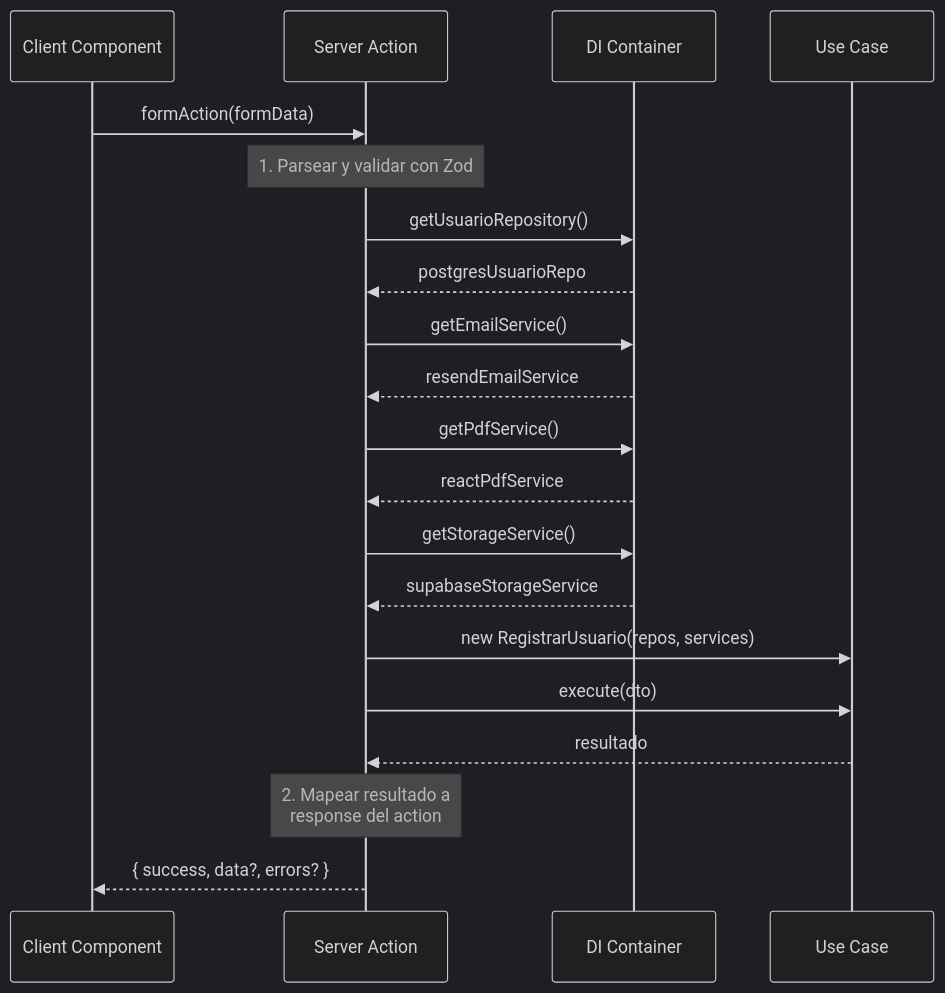
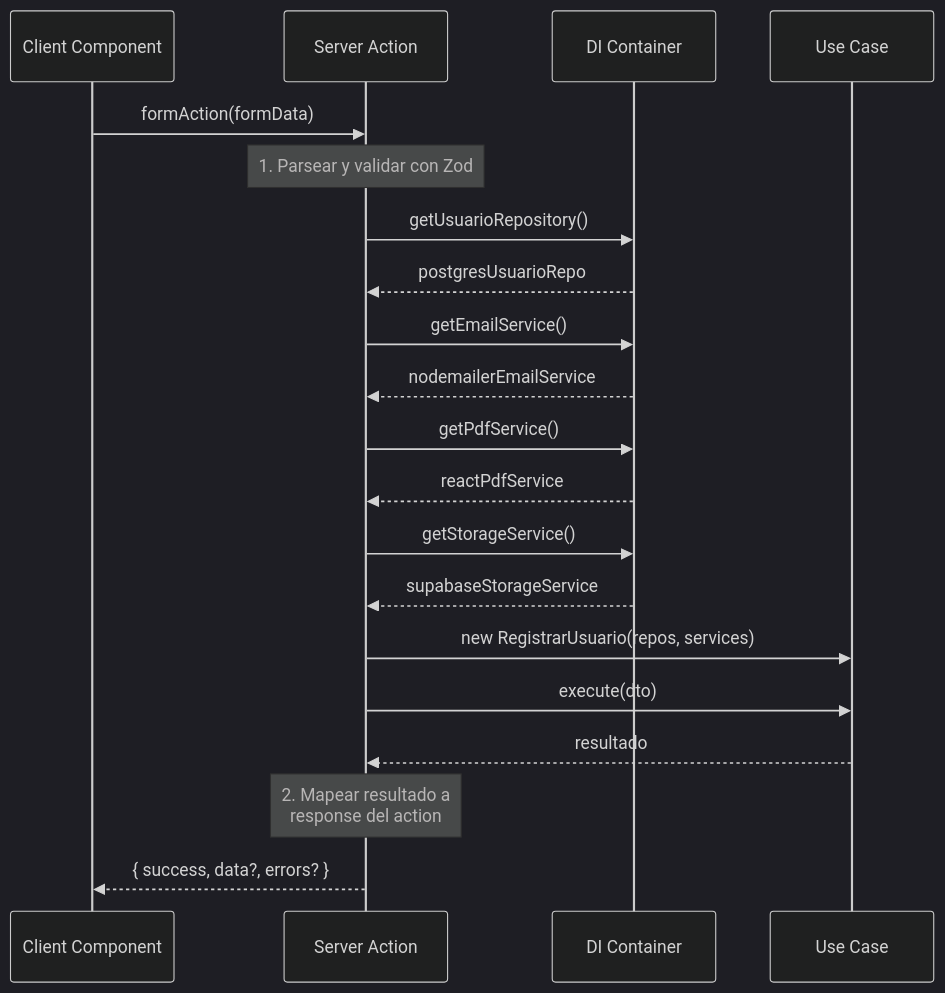
One commit to iKinoo/aniei-registro-2026 changed the seventh of 14 diagrams in docs/DESIGN.md. Above: the diagram before and after it, drawn with Mermaid (dark theme). The commit also changed other lines of this file and 3 other files, not shown here.

````diff
--- a/docs/DESIGN.md
+++ b/docs/DESIGN.md
@@ -831,28 +1046,28 @@
 ```mermaid
 sequenceDiagram
     participant CC as Client Component
     participant SA as Server Action
     participant Container as DI Container
     participant UC as Use Case
 
     CC->>SA: formAction(formData)
     
     Note over SA: 1. Parsear y validar con Zod
     
     SA->>Container: getUsuarioRepository()
     Container-->>SA: postgresUsuarioRepo
     SA->>Container: getEmailService()
-    Container-->>SA: resendEmailService
+    Container-->>SA: nodemailerEmailService
     SA->>Container: getPdfService()
     Container-->>SA: reactPdfService
     SA->>Container: getStorageService()
     Container-->>SA: supabaseStorageService
 
     SA->>UC: new RegistrarUsuario(repos, services)
     SA->>UC: execute(dto)
     UC-->>SA: resultado
 
     Note over SA: 2. Mapear resultado a<br/>response del action
 
     SA-->>CC: { success, data?, errors? }
 ```
````
